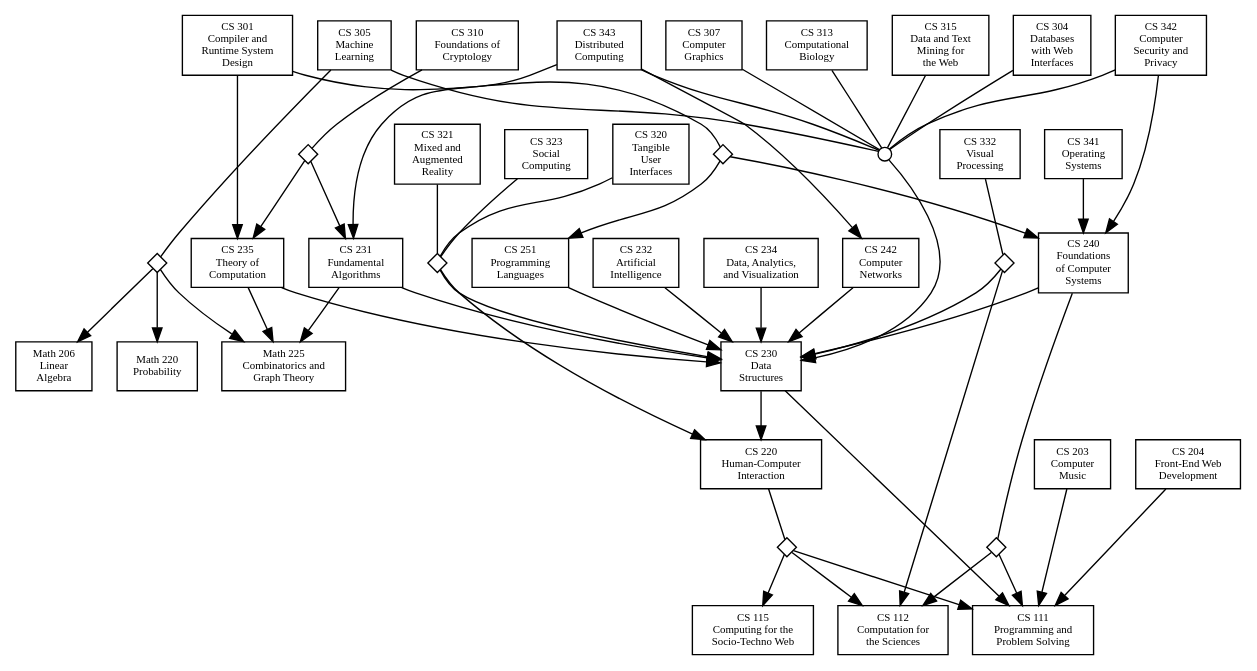
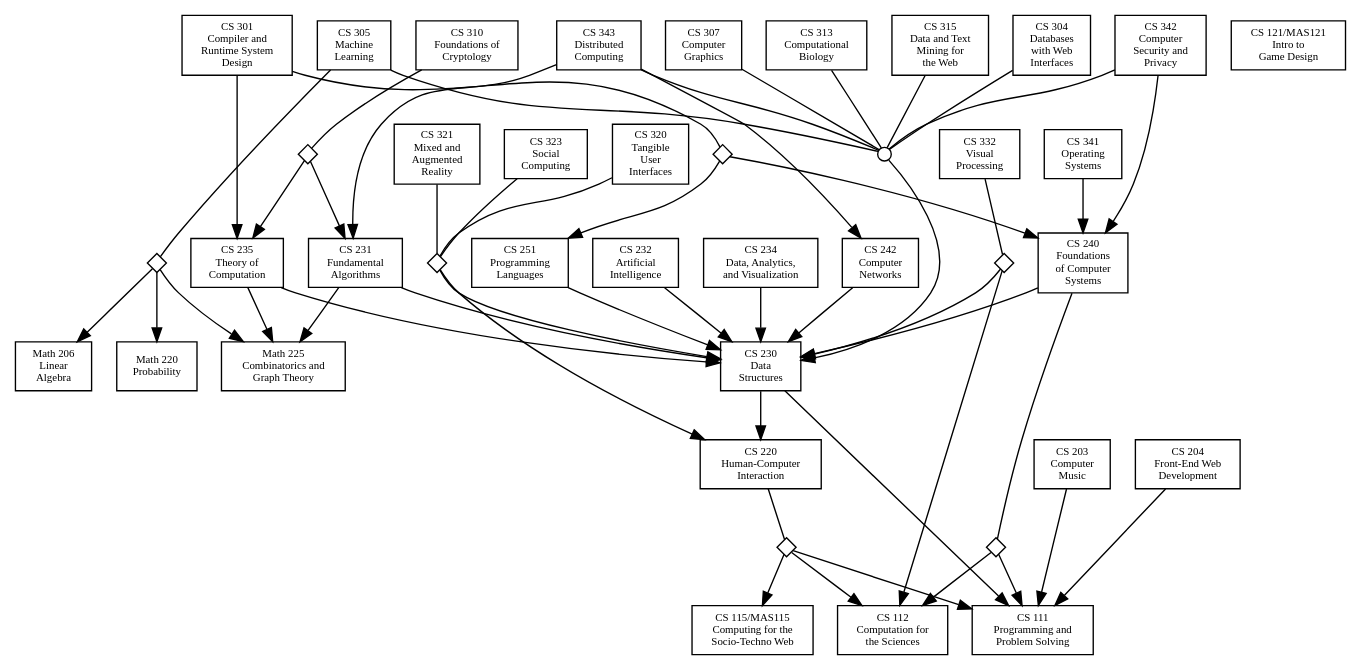
The diagram in prereqs.dot (solsword/prereqs), drawn with Graphviz before and after one commit. The commit also changed 5 other files, not shown here.

```diff
--- a/prereqs.dot
+++ b/prereqs.dot
@@ -1,126 +1,127 @@
 digraph Course_Prerequisites {
   // Default properties for every node
   node [shape="rectangle", fontsize="8", style="filled", fillcolor="white"];
 
   // Nodes (classes plus grouping nodes)
   cs111 [label="CS 111\nProgramming and\nProblem Solving", class="core intro"]
   cs112 [label="CS 112\nComputation for\nthe Sciences", class="intro"]
-  cs115 [label="CS 115\nComputing for the\nSocio-Techno Web", class="intro"]
+  cs115 [label="CS 115/MAS115\nComputing for the\nSocio-Techno Web", class="intro"]
+  cs121 [label="CS 121/MAS121\nIntro to\nGame Design", class="intro"]
 
   cs230 [label="CS 230\nData\nStructures", class="core"]
   cs230up [label="", shape="circle", width="0.14", height="0.14", class="group"]
   cs240 [label="CS 240\nFoundations\nof Computer\nSystems", class="core"]
   cs111or112 [label="", shape="diamond", width="0.2", height="0.2", class="opt"]
   cs231 [label="CS 231\nFundamental\nAlgorithms", class="core"]
   cs235 [label="CS 235\nTheory of\nComputation", class="core"]
   cs251 [label="CS 251\nProgramming\nLanguages", class="core"] 
   cs230 -> cs220 [class="invisible"]
 
   math225 [label="Math 225\nCombinatorics and\nGraph Theory", class="math required"]
   math206 [label="Math 206\nLinear\nAlgebra", class="math"]
   math220 [label="Math 220\nProbability", class="math"]
 
   cs203 [label="CS 203\nComputer\nMusic", class="elective spring"]
   cs204 [label="CS 204\nFront-End Web\nDevelopment", class="elective"]
   cs220 [label="CS 220\nHuman-Computer\nInteraction", class="elective"]
   cs111or112or115 [label="", shape="diamond", width="0.2", height="0.2", class="opt"]
   cs232 [label="CS 232\nArtificial\nIntelligence", class="elective spring"]
   cs234 [label="CS 234\nData, Analytics,\nand Visualization", class="elective fall"]
   cs242 [label="CS 242\nComputer\nNetworks", class="elective notoffered"]
 
   cs301 [label="CS 301\nCompiler and\nRuntime System\nDesign", class="elective notoffered"]
   cs250or251 [label="", shape="diamond", width="0.2", height="0.2", class="opt"]
   cs304 [label="CS 304\nDatabases\nwith Web\nInterfaces", class="elective"]
   cs305 [label="CS 305\nMachine\nLearning", class="elective"]
   math225or206or220 [label="", shape="diamond", width="0.2", height="0.2", class="opt"]
   cs307 [label="CS 307\nComputer\nGraphics", class="elective fall"]
   cs310 [label="CS 310\nFoundations of\nCryptology", class="elective notoffered"]
   cs231or235 [label="", shape="diamond", width="0.2", height="0.2", class="opt"]
   cs313 [label="CS 313\nComputational\nBiology", class="elective fall"]
   cs315 [label="CS 315\nData and Text\nMining for\nthe Web", class="elective notoffered"]
   cs230or220 [label="", shape="diamond", width="0.2", height="0.2", class="opt"]
   cs320 [label="CS 320\nTangible\nUser\nInterfaces", class="elective notoffered"]
   cs321 [label="CS 321\nMixed and\nAugmented\nReality", class="elective spring"]
   cs323 [label="CS 323\nSocial\nComputing", class="elective fall"]
 
   cs332 [label="CS 332\nVisual\nProcessing", class="elective notoffered"]
   cs112or230 [label="", shape="diamond", width="0.2", height="0.2", class="opt"]
   cs341 [label="CS 341\nOperating\nSystems", class="elective notoffered"]
   cs342 [label="CS 342\nComputer\nSecurity and\nPrivacy", class="elective spring"]
   cs343 [label="CS 343\nDistributed\nComputing", class="elective spring"]
 
   // Arrangement of the nodes into rank groups
   {rank=same cs111 cs112 cs115}
 
   {rank=same cs203 cs204 cs220}
 
   {rank=same
     cs230
     math206 math220 math225
   }
 
   {rank=same
     cs240
     cs231 cs235 cs251
     cs232 cs234 cs242
   }
 
   {rank=same
     cs301
     cs310
 
     cs304 cs305 cs307
     cs313 cs315
     cs342 cs343
   }
 
   {rank=same
     cs320 cs321 cs323
     cs332
     cs341
   }
 
   // Edges (course prerequisites)
   // In some ca
   cs203 -> cs111
   cs204 -> cs111
   cs220 -> cs111or112or115 [arrowhead="none", class="options"]
   cs111or112or115 -> { cs111, cs112, cs115 } [class="option"]
 
   cs230 -> cs111
   cs230up -> cs230
   cs240 -> cs230
   cs240 -> cs111or112 [arrowhead="none", class="options"]
   cs111or112 -> { cs111, cs112 } [class="option"]
   cs231 -> { cs230, math225 }
   cs235 -> { cs230, math225 }
   cs251 -> cs230
 
   cs232 -> cs230
   cs234 -> cs230
   cs242 -> cs230
 
   cs301 -> cs250or251 [arrowhead="none", class="options"]
   cs250or251 -> { cs240, cs251 } [class="option"]
   cs301 -> cs235 [class="recommended"]
   cs304 -> cs230up [arrowhead="none", class="grouping"]
   cs305 -> cs230up [arrowhead="none", class="grouping"]
   cs305 -> math225or206or220 [arrowhead="none", class="options"]
   math225or206or220 -> { math225, math206, math220 } [class="option"]
   cs307 -> cs230up [arrowhead="none", class="grouping"]
   cs310 -> cs231or235 [arrowhead="none", class="options"]
   cs231or235 -> { cs231, cs235 } [class="option"]
   cs313 -> cs230up [arrowhead="none", class="grouping"]
   cs315 -> cs230up [arrowhead="none", class="grouping"]
   cs320 -> cs230or220 [arrowhead="none", class="options"]
   cs230or220 -> { cs220, cs230 } [class="option"]
   cs321 -> cs230or220 [arrowhead="none", class="options"]
   cs323 -> cs230or220 [arrowhead="none", class="options"]
   cs332 -> cs112or230 [arrowhead="none", class="options"]
   cs112or230 -> { cs112, cs230 } [class="option"]
   cs341 -> cs240
   cs342 -> cs230up [arrowhead="none", class="grouping"]
   cs342 -> cs240
   cs343 -> cs230up [arrowhead="none", class="grouping"]
   cs343 -> { cs231, cs242 } [class="recommended"]
 }
```
